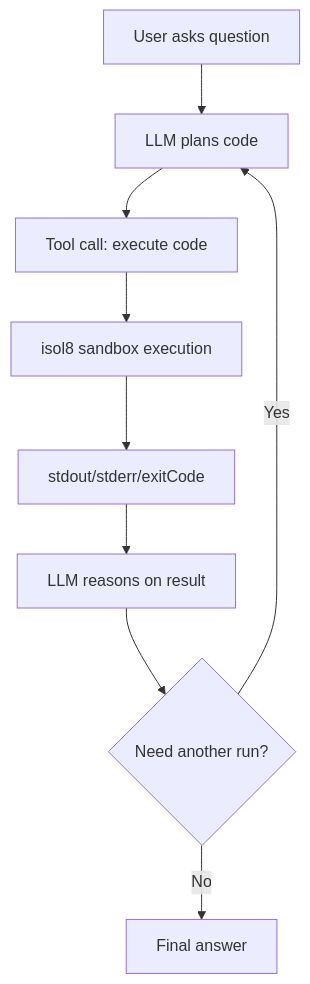
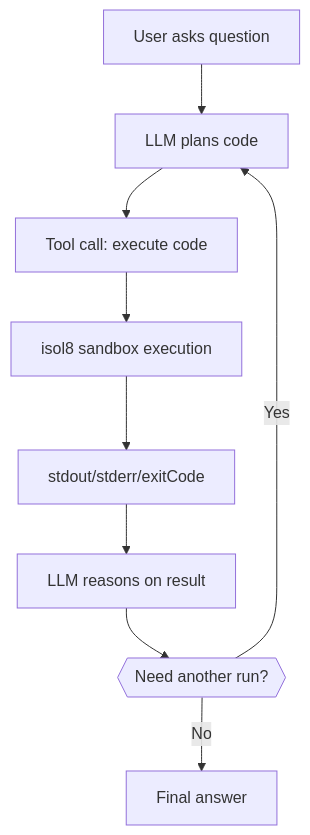
The diagram in apps/docs/guides/ai-agents.mdx (Illusion47586/isol8), drawn with Mermaid before and after one commit. The commit also changed other lines of this file and 25 other files, not shown here.

````diff
--- a/apps/docs/guides/ai-agents.mdx
+++ b/apps/docs/guides/ai-agents.mdx
@@ -11,11 +12,11 @@
 ```mermaid
 flowchart TD
   A["User asks question"] --> B["LLM plans code"]
   B --> C["Tool call: execute code"]
   C --> D["isol8 sandbox execution"]
   D --> E["stdout/stderr/exitCode"]
   E --> F["LLM reasons on result"]
-  F --> G{"Need another run?"}
+  F --> G{{"Need another run?"}}
   G -->|Yes| B
   G -->|No| H["Final answer"]
 ```
````
